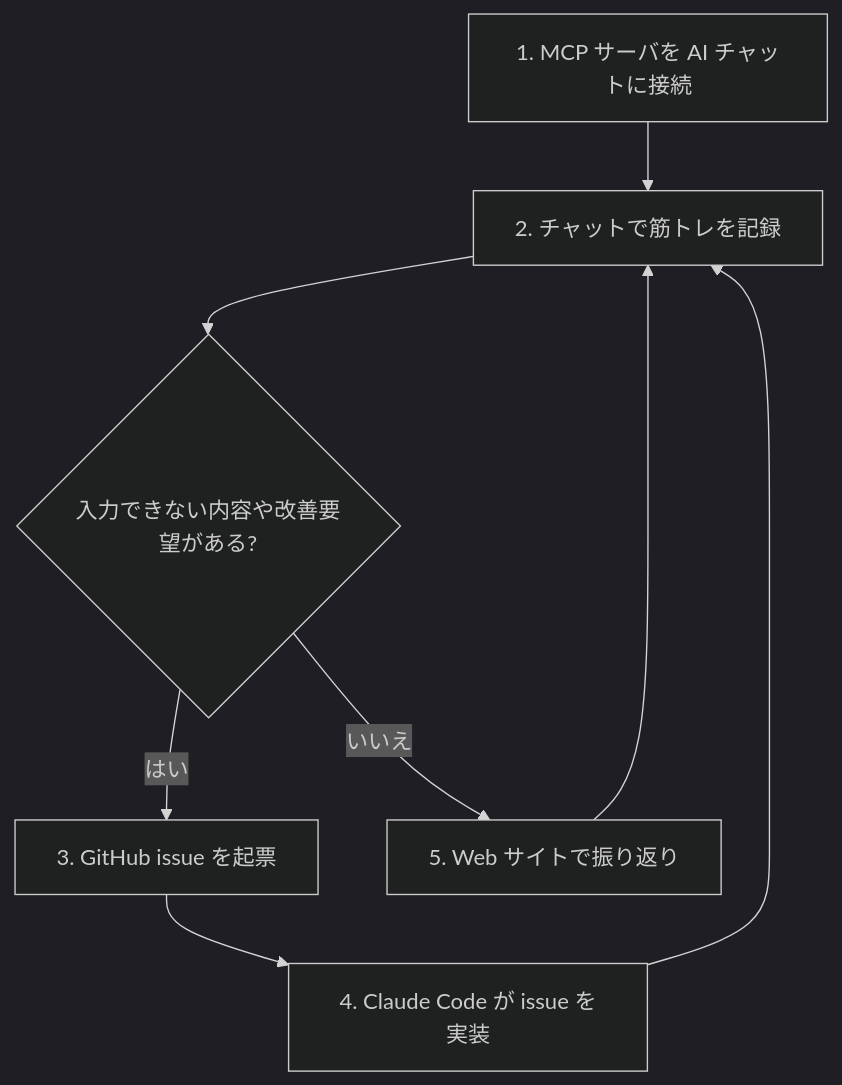
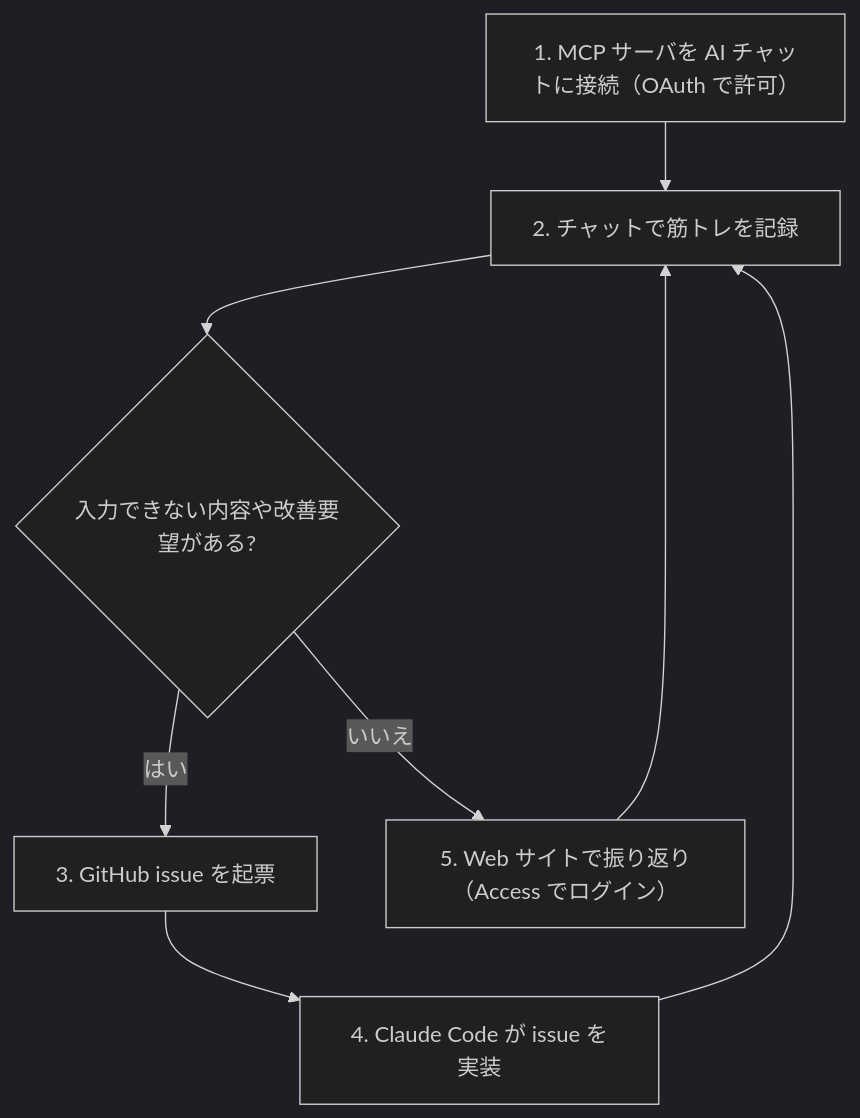
The diagram in docs/overview.md (japan4415/training-logger), drawn with Mermaid (dark theme) before and after one commit. The commit also changed other lines of this file and 13 other files, not shown here.

````diff
--- a/docs/overview.md
+++ b/docs/overview.md
@@ -21,10 +21,10 @@
 ```mermaid
 flowchart TD
-    A["1. MCP サーバを AI チャットに接続"] --> B["2. チャットで筋トレを記録"]
+    A["1. MCP サーバを AI チャットに接続（OAuth で許可）"] --> B["2. チャットで筋トレを記録"]
     B --> C{"入力できない内容や改善要望がある?"}
     C -->|はい| D["3. GitHub issue を起票"]
     D --> E["4. Claude Code が issue を実装"]
     E --> B
-    C -->|いいえ| F["5. Web サイトで振り返り"]
+    C -->|いいえ| F["5. Web サイトで振り返り（Access でログイン）"]
     F --> B
 ```
````
